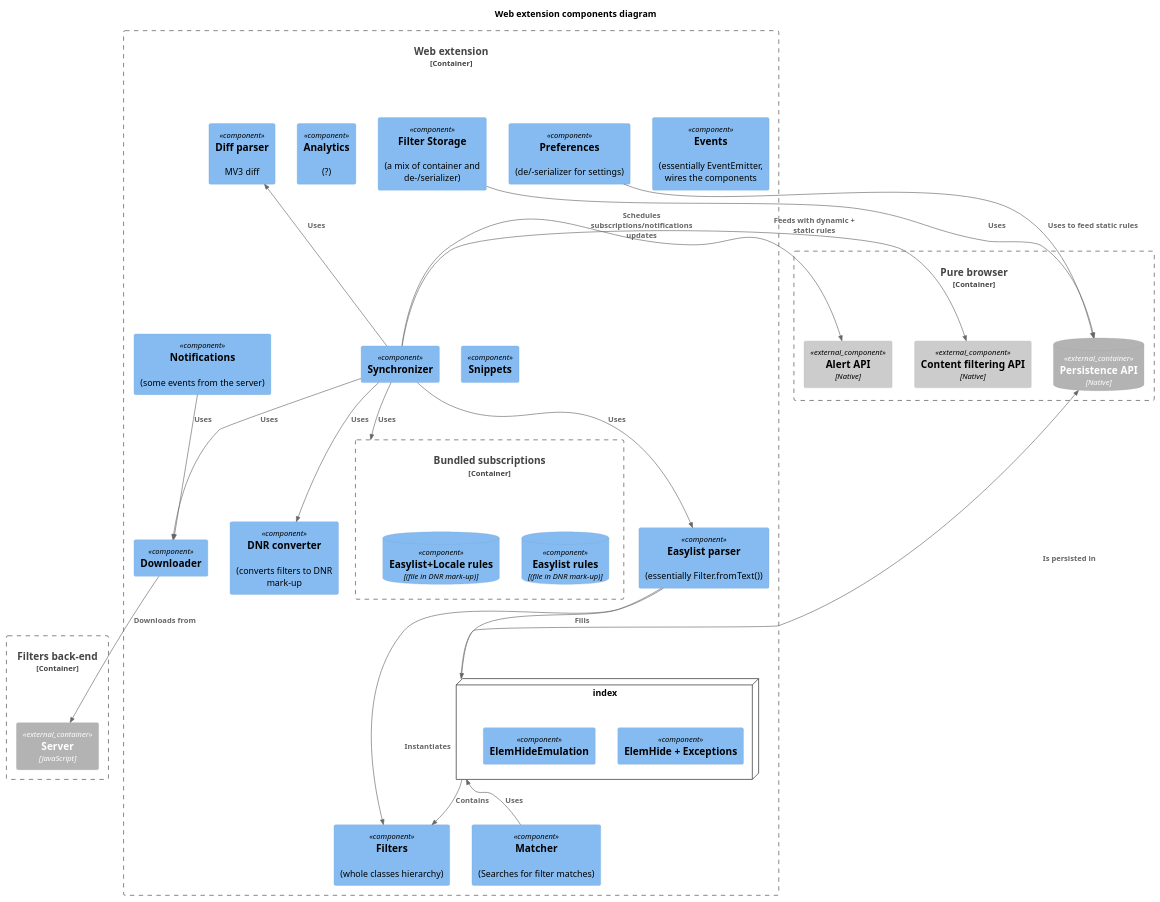
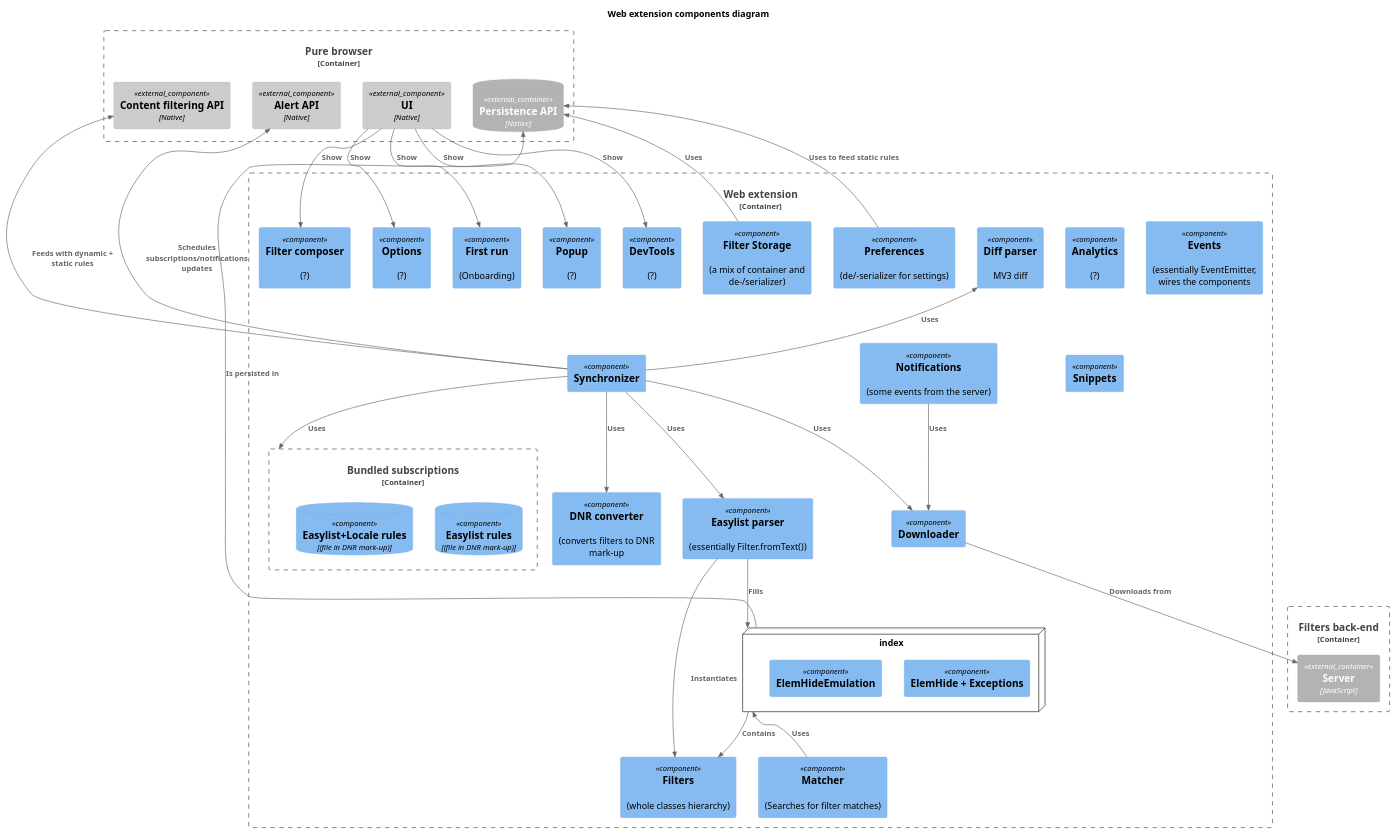
The diagram in components_webext.puml (4ntoine/mv3_spec_c4), drawn with PlantUML before and after one commit.

Commit message:
Add pure webext components

```diff
--- a/components_webext.puml
+++ b/components_webext.puml
@@ -1,65 +1,77 @@
 @startuml
 !include https://raw.githubusercontent.com/plantuml-stdlib/C4-PlantUML/master/C4_Container.puml
 !include https://raw.githubusercontent.com/plantuml-stdlib/C4-PlantUML/master/C4_Component.puml
 
 title Web extension components diagram
 
 ' container itself
 Container_Boundary(webext, "Web extension") {
+  ' core  
   Component(analytics, "Analytics", "", "(?)")
   Component(events, "Events", "", "(essentially EventEmitter, wires the components")
   Component(filters, "Filters", "", "(whole classes hierarchy)")
   Component(easylistParser, "Easylist parser", "", "(essentially Filter.fromText())")
   Component(diffParser, "Diff parser", "", "MV3 diff")
   Component(synchronizer, "Synchronizer")
   Component(downloader, "Downloader")
   Component(dnrConverter, "DNR converter", "", "(converts filters to DNR mark-up")
   Component(matcher, "Matcher", "", "(Searches for filter matches)")
-  
   Component(notifications, "Notifications", "", "(some events from the server)")
   Component(filterStorage, "Filter Storage", "", "(a mix of container and de-/serializer)")
   Component(prefs, "Preferences", "", "(de/-serializer for settings)")
   Component(snippets, "Snippets", "", "(?)")
+  ' webext
+  Component(firstRun, "First run", "", "(Onboarding)")
+  Component(filterComposer, "Filter composer", "", "(?)")
+  Component(options, "Options", "", "(?)")
+  Component(popup, "Popup", "", "(?)")
+  Component(devTools, "DevTools", "", "(?)")
 
   node index {
     Component(elemHide, "ElemHide + Exceptions")
     Component(elemHideEmu, "ElemHideEmulation")
     Component(snippets, "Snippets")
   }
 
   Container_Boundary(bundled_subscriptions, "Bundled subscriptions") {
     ComponentDb(sub1_dnr_rules, "Easylist rules", "(file in DNR mark-up)")
     ComponentDb(sub2_dnr_rules, "Easylist+Locale rules", "(file in DNR mark-up)")
   }
 }
 
 ' external container
 Container_Boundary(browser, "Pure browser", "") {
   ContainerDb_Ext(persistence, "Persistence API", "Native")
   Component_Ext(schedulers, "Alert API", "Native")
   Component_Ext(browserCore, "Content filtering API", "Native")
+  Component_Ext(ui, "UI", "Native")
 }
 
 ' external container
 Container_Boundary(backEnd, "Filters back-end", "") {
   Container_Ext(server, "Server", "JavaScript")
 }
 
 ' relations
 Rel(synchronizer, downloader, "Uses")
 Rel(synchronizer, easylistParser, "Uses")
 Rel_U(synchronizer, diffParser, "Uses")
 Rel_U(synchronizer, schedulers, "Schedules subscriptions/notifications updates")
 Rel(synchronizer, dnrConverter, "Uses")
 Rel_U(synchronizer, browserCore, "Feeds with dynamic + static rules")
 Rel(synchronizer, bundled_subscriptions, "Uses")
 Rel(easylistParser, filters, "Instantiates")
 Rel(easylistParser, index, "Fills")
 Rel(index, filters, "Contains")
 Rel_U(index, persistence, "Is persisted in")
 Rel(downloader, server, "Downloads from")
 Rel_U(matcher, index, "Uses")
 Rel(notifications, downloader, "Uses")
 Rel(filterStorage, persistence, "Uses")
 Rel(prefs, persistence, "Uses to feed static rules")
+Rel(ui, firstRun, "Show")
+Rel(ui, filterComposer, "Show")
+Rel(ui, options, "Show")
+Rel(ui, popup, "Show")
+Rel(ui, devTools, "Show")
 @enduml
```
